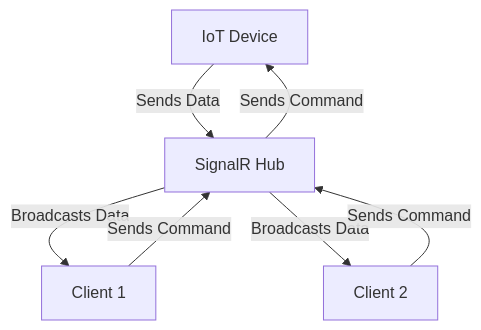
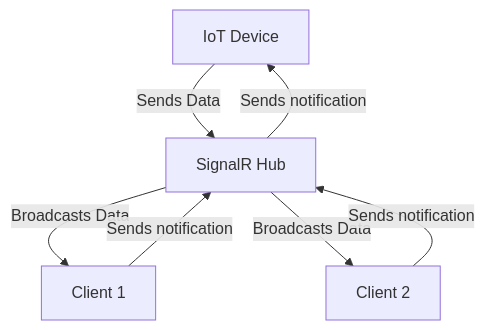
Before and after one commit to devshank3/SignalRKB: the diagram in docs/SignalR/WhatIsSignalR.md, drawn with Mermaid.

````diff
--- a/docs/SignalR/WhatIsSignalR.md
+++ b/docs/SignalR/WhatIsSignalR.md
@@ -10,9 +10,9 @@
 ```mermaid
 graph TD
     A[IoT Device] -- Sends Data --> B[SignalR Hub]
     B -- Broadcasts Data --> C[Client 1]
     B -- Broadcasts Data --> D[Client 2]
-    C -- Sends Command --> B
-    D -- Sends Command --> B
-    B -- Sends Command --> A
+    C -- Sends notification --> B
+    D -- Sends notification --> B
+    B -- Sends notification --> A
 ```
````
